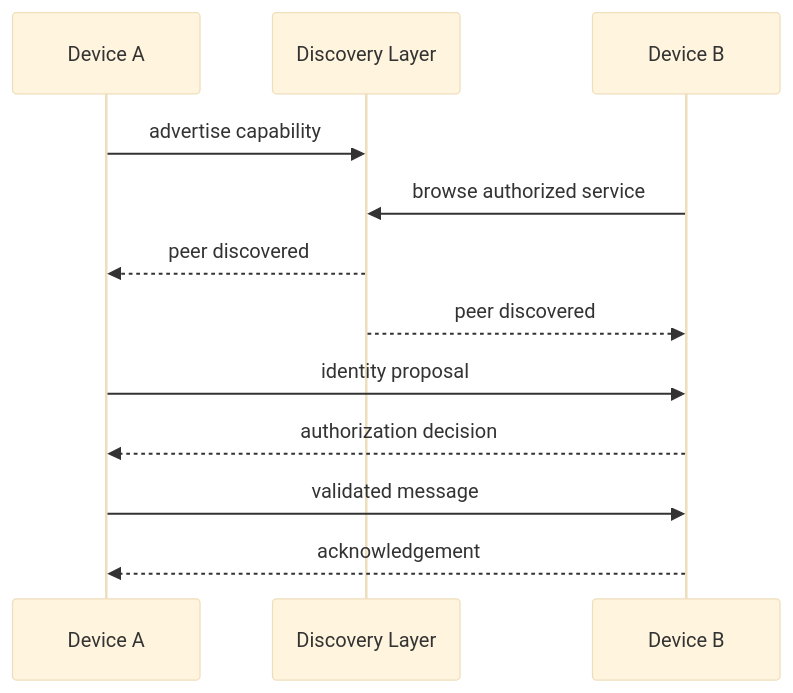
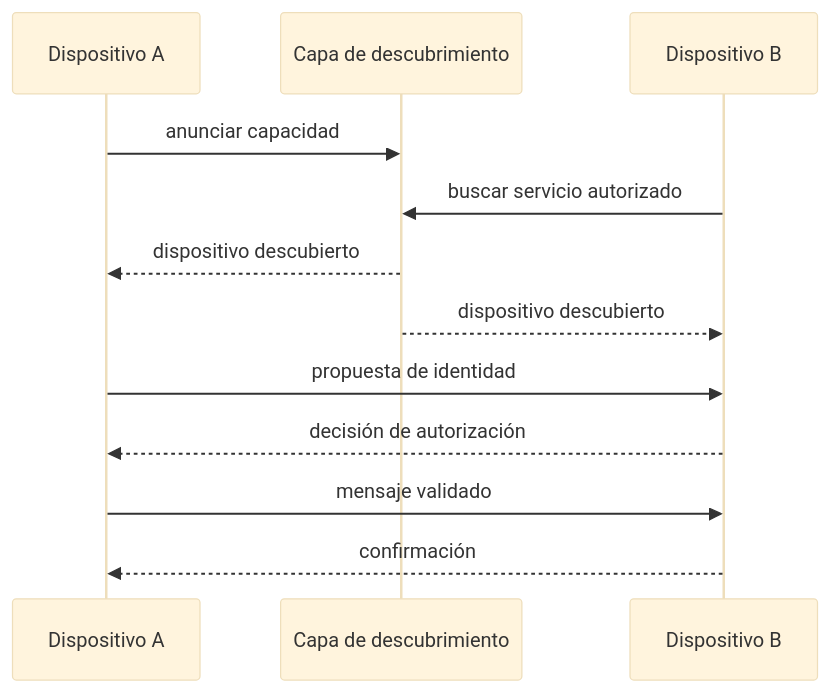
The diagram in labs/p2p-research/README.md (frangonzas/frangonzas), drawn with Mermaid (base theme) before and after one commit. The commit also changed other lines of this file and 3 other files, not shown here.

````diff
--- a/labs/p2p-research/README.md
+++ b/labs/p2p-research/README.md
@@ -27,14 +27,14 @@
-```mermaid
+~~~mermaid
 sequenceDiagram
-    participant A as Device A
-    participant D as Discovery Layer
-    participant B as Device B
-    A->>D: advertise capability
-    B->>D: browse authorized service
-    D-->>A: peer discovered
-    D-->>B: peer discovered
-    A->>B: identity proposal
-    B-->>A: authorization decision
-    A->>B: validated message
-    B-->>A: acknowledgement
-```
+    participant A as Dispositivo A
+    participant D as Capa de descubrimiento
+    participant B as Dispositivo B
+    A->>D: anunciar capacidad
+    B->>D: buscar servicio autorizado
+    D-->>A: dispositivo descubierto
+    D-->>B: dispositivo descubierto
+    A->>B: propuesta de identidad
+    B-->>A: decisión de autorización
+    A->>B: mensaje validado
+    B-->>A: confirmación
+~~~
````
